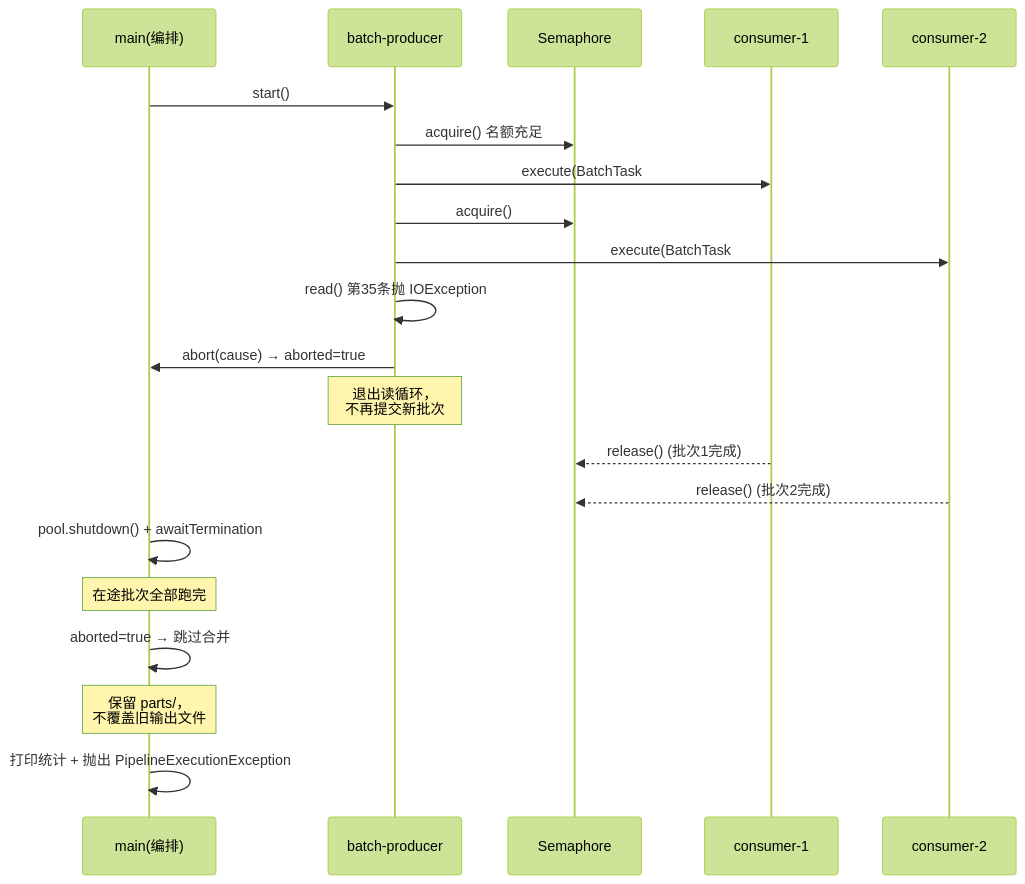
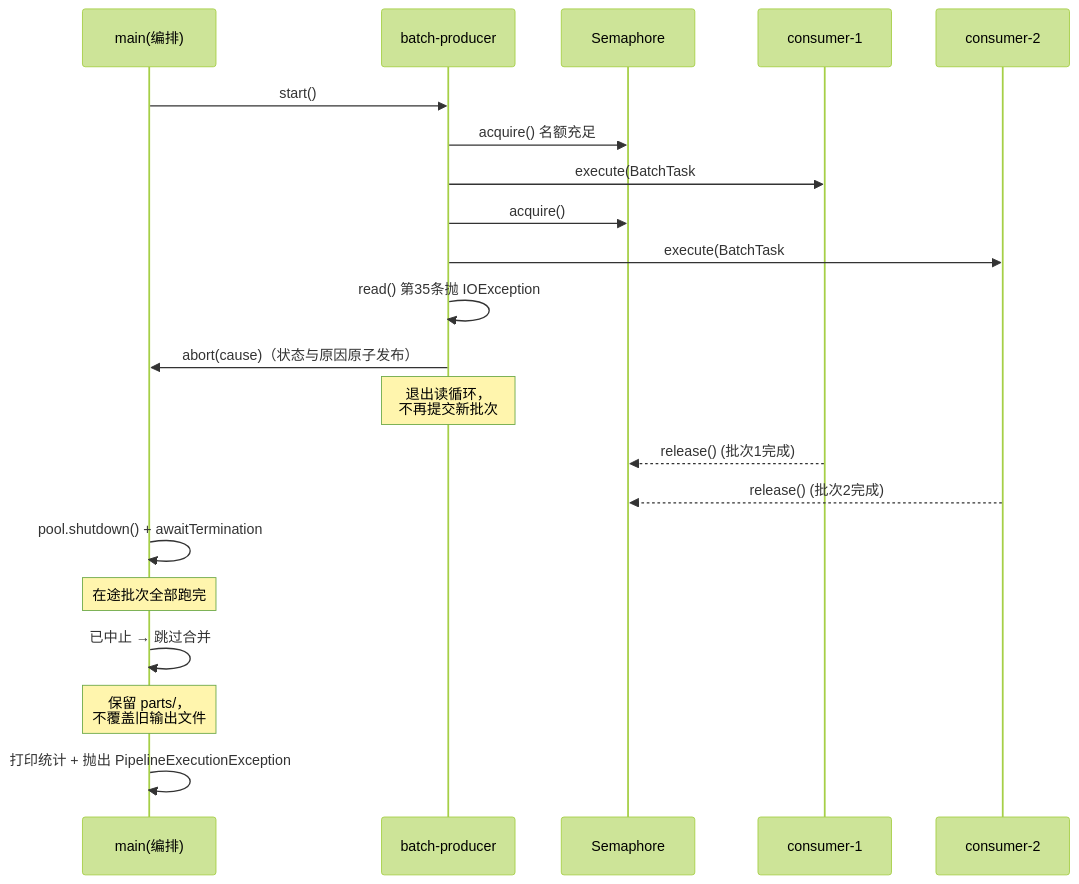
Before and after one commit to owengoodluck/java-batch-pipeline: the eighth of 13 diagrams in DESIGN.md, drawn with Mermaid (forest theme). The commit also changed other lines of this file and 31 other files, not shown here.

````diff
--- a/DESIGN.md
+++ b/DESIGN.md
@@ -429,24 +467,24 @@
 ```mermaid
 sequenceDiagram
     participant M as main(编排)
     participant P as batch-producer
     participant S as Semaphore
     participant C1 as consumer-1
     participant C2 as consumer-2
 
     M->>P: start()
     P->>S: acquire() 名额充足
     P->>C1: execute(BatchTask #1)
     P->>S: acquire()
     P->>C2: execute(BatchTask #2)
     P->>P: read() 第35条抛 IOException
-    P->>M: abort(cause) → aborted=true
+    P->>M: abort(cause)（状态与原因原子发布）
     Note over P: 退出读循环，<br/>不再提交新批次
     C1-->>S: release() (批次1完成)
     C2-->>S: release() (批次2完成)
     M->>M: pool.shutdown() + awaitTermination
     Note over M: 在途批次全部跑完
-    M->>M: aborted=true → 跳过合并
+    M->>M: 已中止 → 跳过合并
     Note over M: 保留 parts/，<br/>不覆盖旧输出文件
     M->>M: 打印统计 + 抛出 PipelineExecutionException
 ```
````
